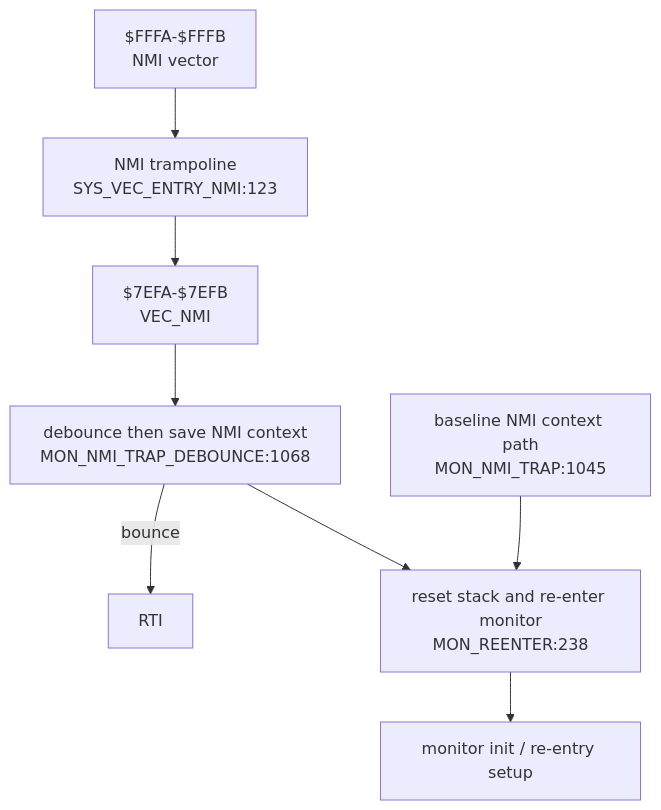
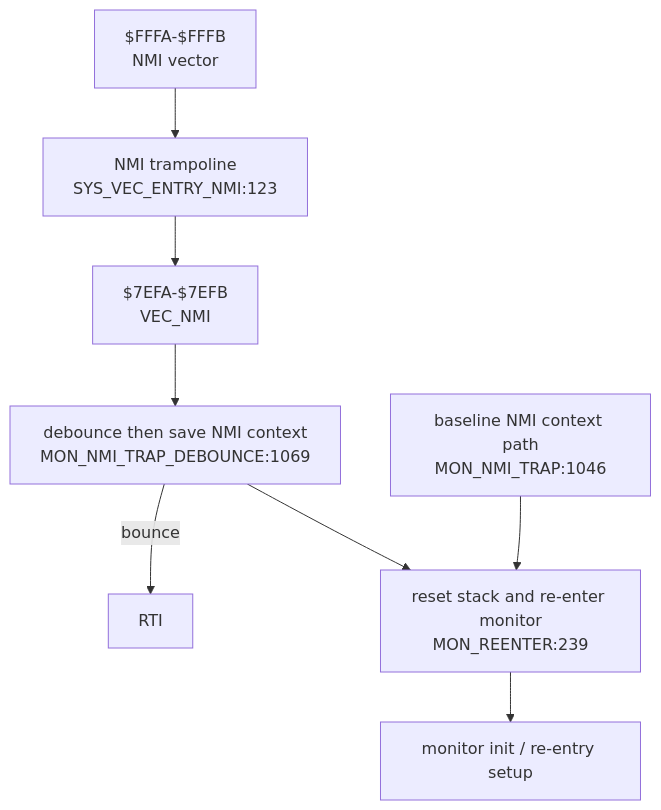
Before and after one commit to 95westus/R-YORS: the fourth of 6 diagrams in DOC/GENERATED/INTERRUPT_VECTOR_MAP.md, drawn with Mermaid. The commit also changed other lines of this file and 58 other files, not shown here.

````diff
--- a/DOC/GENERATED/INTERRUPT_VECTOR_MAP.md
+++ b/DOC/GENERATED/INTERRUPT_VECTOR_MAP.md
@@ -62,10 +62,10 @@
 ```mermaid
 flowchart TD
     NMIV["$FFFA-$FFFB<br/>NMI vector"] --> NMIENTRY["NMI trampoline<br/>SYS_VEC_ENTRY_NMI:123"]
     NMIENTRY --> VECNMI["$7EFA-$7EFB<br/>VEC_NMI"]
-    VECNMI --> NMITRAP["debounce then save NMI context<br/>MON_NMI_TRAP_DEBOUNCE:1068"]
+    VECNMI --> NMITRAP["debounce then save NMI context<br/>MON_NMI_TRAP_DEBOUNCE:1069"]
     NMITRAP -->|bounce| RTINMI["RTI"]
-    NMITRAP --> REENTER["reset stack and re-enter monitor<br/>MON_REENTER:238"]
-    NMIBASE["baseline NMI context path<br/>MON_NMI_TRAP:1045"] --> REENTER
+    NMITRAP --> REENTER["reset stack and re-enter monitor<br/>MON_REENTER:239"]
+    NMIBASE["baseline NMI context path<br/>MON_NMI_TRAP:1046"] --> REENTER
     REENTER --> INIT["monitor init / re-entry setup"]
 ```
````
